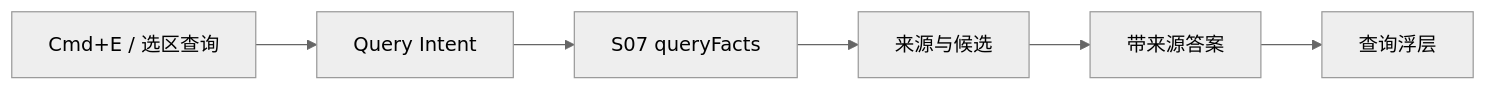
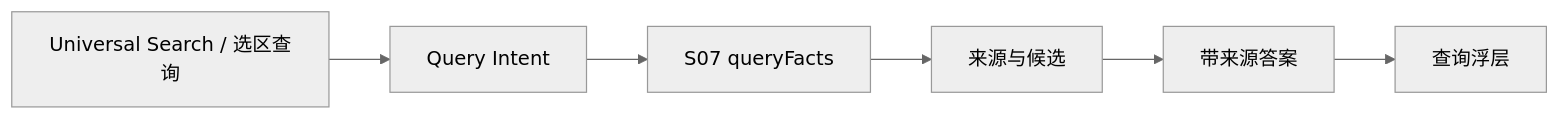
The diagram in spec/M03-fact-query.md (jinhuang712/open-novel), drawn with Mermaid (neutral theme) before and after one commit. The commit also changed other lines of this file and 79 other files, not shown here.

````diff
--- a/spec/M03-fact-query.md
+++ b/spec/M03-fact-query.md
@@ -7,8 +7,8 @@
 ```mermaid
 flowchart LR
-  Entry[Cmd+E / 选区查询] --> Intent[Query Intent]
+  Entry[Universal Search / 选区查询] --> Intent[Query Intent]
   Intent --> QueryFacts[S07 queryFacts]
   QueryFacts --> Sources[来源与候选]
   Sources --> Answer[带来源答案]
   Answer --> UI[查询浮层]
 ```
````
